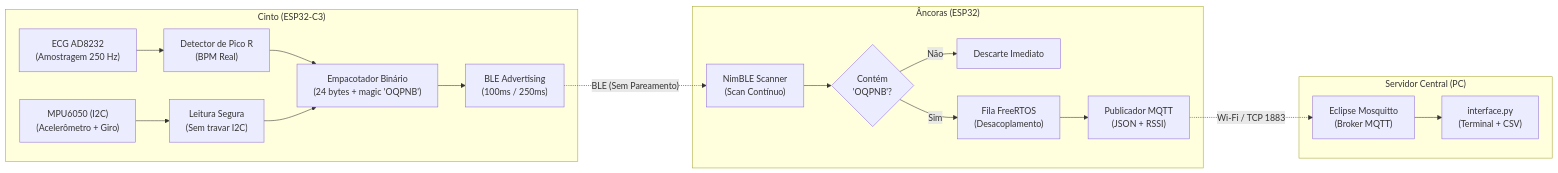
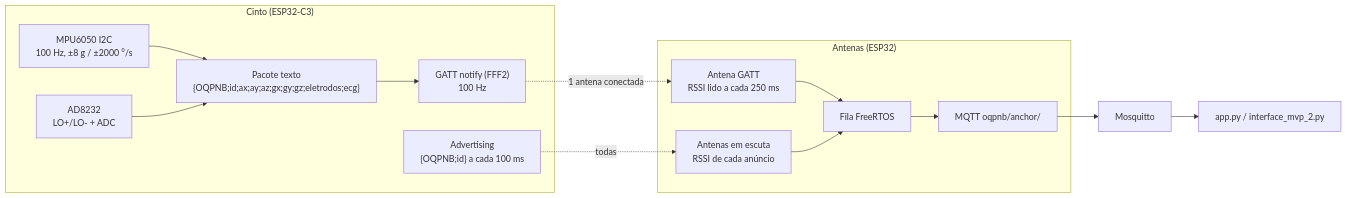
One commit to KaykyCrespo/TCC-MVP changed the diagram in Arduino/README.md. Above: the diagram before and after it, drawn with Mermaid. The commit also changed other lines of this file and 4596 other files, not shown here.

````diff
--- a/Arduino/README.md
+++ b/Arduino/README.md
@@ -12,23 +15,17 @@
 ```mermaid
 flowchart LR
-    subgraph Emissor ["Cinto (ESP32-C3)"]
-        S1["ECG AD8232\n(Amostragem 250 Hz)"] --> DET["Detector de Pico R\n(BPM Real)"]
-        S2["MPU6050 (I2C)\n(Acelerômetro + Giro)"] --> MPU["Leitura Segura\n(Sem travar I2C)"]
-        DET --> PKT["Empacotador Binário\n(24 bytes + magic 'OQPNB')"]
-        MPU --> PKT
-        PKT --> ADV["BLE Advertising\n(100ms / 250ms)"]
+    subgraph Cinto ["Cinto (ESP32-C3)"]
+        MPU["MPU6050 I2C\n100 Hz, ±8 g / ±2000 °/s"] --> PKT["Pacote texto\n{OQPNB;id;ax;ay;az;gx;gy;gz;eletrodos;ecg}"]
+        ECG["AD8232\nLO+/LO- + ADC"] --> PKT
+        PKT --> GATT["GATT notify (FFF2)\n100 Hz"]
+        ADV["Advertising\n{OQPNB;id} a cada 100 ms"]
     end
-
-    subgraph Receptor ["Âncoras (ESP32)"]
-        ADV -. "BLE (Sem Pareamento)" .-> SCAN["NimBLE Scanner\n(Scan Contínuo)"]
-        SCAN --> FILT{"Contém\n'OQPNB'?"}
-        FILT -- Não --> DESC["Descarte Imediato"]
-        FILT -- Sim --> QUEUE["Fila FreeRTOS\n(Desacoplamento)"]
-        QUEUE --> PUB["Publicador MQTT\n(JSON + RSSI)"]
+    subgraph Antenas ["Antenas (ESP32)"]
+        GATT -. "1 antena conectada" .-> AG["Antena GATT\nRSSI lido a cada 250 ms"]
+        ADV -. "todas" .-> AA["Antenas em escuta\nRSSI de cada anúncio"]
+        AG --> Q["Fila FreeRTOS"]
+        AA --> Q
+        Q --> MQTT["MQTT oqpnb/anchor/<id>"]
     end
-
-    subgraph Central ["Servidor Central (PC)"]
-        PUB -. "Wi-Fi / TCP 1883" .-> BRK["Eclipse Mosquitto\n(Broker MQTT)"]
-        BRK --> PY["interface.py\n(Terminal + CSV)"]
-    end
+    MQTT --> BRK["Mosquitto"] --> PC["app.py / interface_mvp_2.py"]
 ```
````
